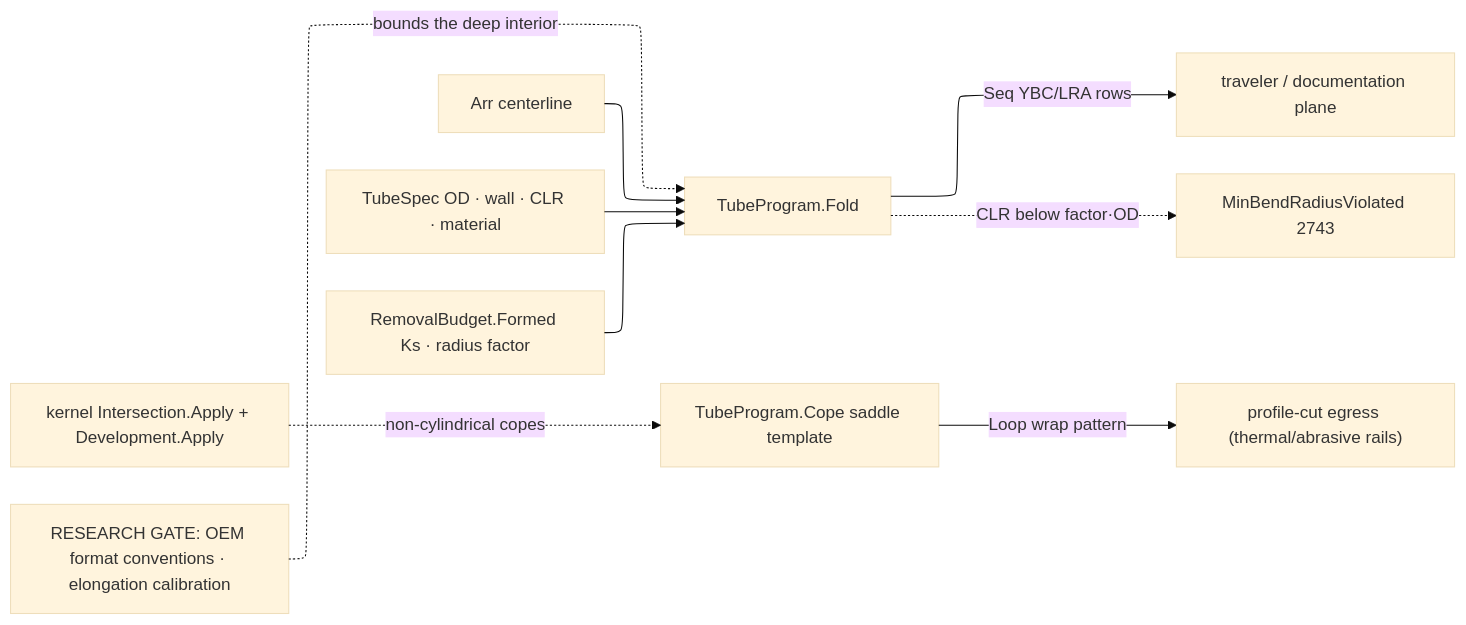
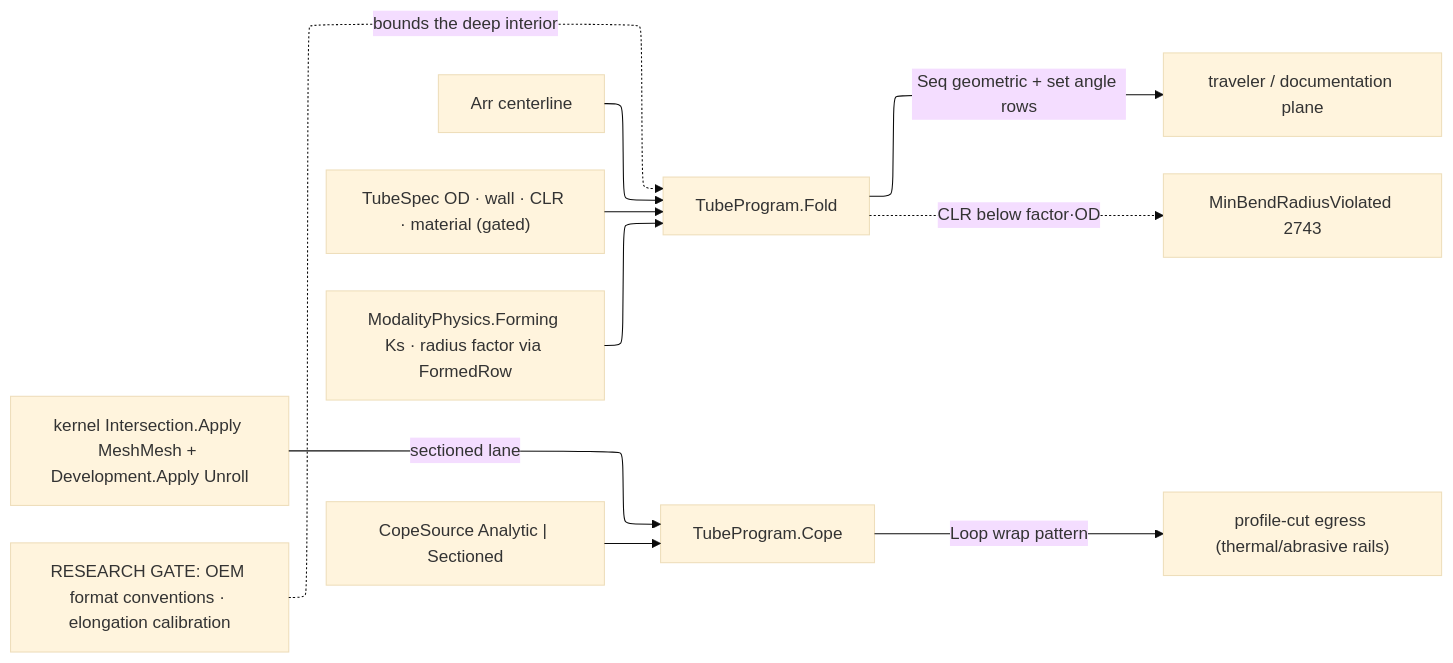
One commit to bsamiee/Rasm changed the diagram in libs/csharp/Rasm.Fabrication/.planning/Forming/tube.md. Above: the diagram before and after it, drawn with Mermaid. The commit also changed other lines of this file and 79 other files, not shown here.

````diff
--- a/libs/csharp/Rasm.Fabrication/.planning/Forming/tube.md
+++ b/libs/csharp/Rasm.Fabrication/.planning/Forming/tube.md
@@ -125,16 +176,17 @@
 ```mermaid
 ---
 config:
   layout: elk
   theme: base
 ---
 flowchart LR
     Center["Arr<Point3d> centerline"] --> Fold["TubeProgram.Fold"]
-    Spec["TubeSpec OD · wall · CLR · material"] --> Fold
-    Formed["RemovalBudget.Formed Ks · radius factor"] --> Fold
-    Fold -->|"Seq<TubeBend> YBC/LRA rows"| Doc["traveler / documentation plane"]
+    Spec["TubeSpec OD · wall · CLR · material (gated)"] --> Fold
+    Formed["ModalityPhysics.Forming Ks · radius factor via FormedRow"] --> Fold
+    Fold -->|"Seq<TubeBend> geometric + set angle rows"| Doc["traveler / documentation plane"]
     Fold -.->|CLR below factor·OD| F2743["MinBendRadiusViolated 2743"]
-    Cope["TubeProgram.Cope saddle template"] -->|Loop wrap pattern| Cut["profile-cut egress (thermal/abrasive rails)"]
-    Kernel["kernel Intersection.Apply + Development.Apply"] -.->|non-cylindrical copes| Cope
+    Source["CopeSource Analytic | Sectioned"] --> Cope["TubeProgram.Cope"]
+    Cope -->|Loop wrap pattern| Cut["profile-cut egress (thermal/abrasive rails)"]
+    Kernel["kernel Intersection.Apply MeshMesh + Development.Apply Unroll"] -->|sectioned lane| Cope
     Gate["RESEARCH GATE: OEM format conventions · elongation calibration"] -.->|bounds the deep interior| Fold
 ```
````
